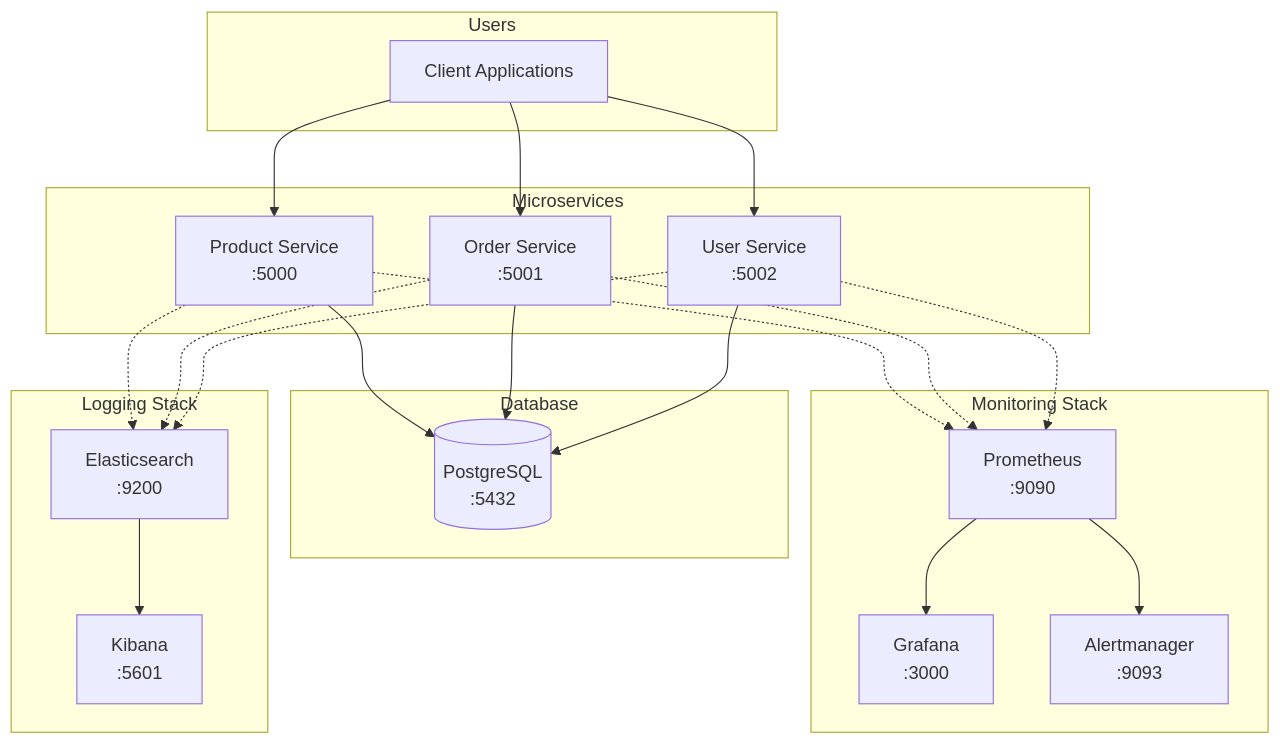
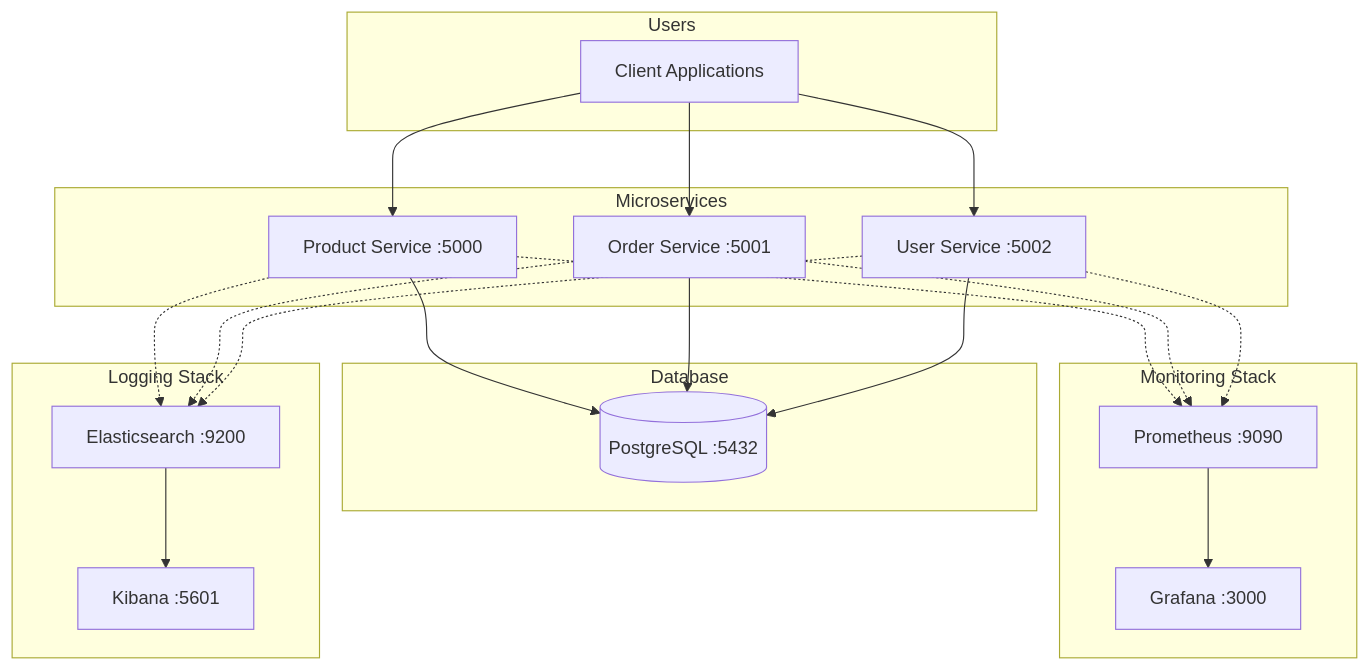
Before and after one commit to Pawan-Builds/DevOps-observability-stack: the diagram in README.md, drawn with Mermaid. The commit also changed other lines of this file, not shown here.

````diff
--- a/README.md
+++ b/README.md
@@ -39,48 +39,36 @@
 ```mermaid
 graph TB
     subgraph "Users"
         Client[Client Applications]
     end
-    
     subgraph "Microservices"
-        PS[Product Service<br/>:5000]
-        OS[Order Service<br/>:5001]
-        US[User Service<br/>:5002]
+        PS[Product Service :5000]
+        OS[Order Service :5001]
+        US[User Service :5002]
     end
-    
     subgraph "Database"
-        PG[(PostgreSQL<br/>:5432)]
+        PG[(PostgreSQL :5432)]
     end
-    
     subgraph "Monitoring Stack"
-        PROM[Prometheus<br/>:9090]
-        GRAF[Grafana<br/>:3000]
-        AM[Alertmanager<br/>:9093]
+        PROM[Prometheus :9090]
+        GRAF[Grafana :3000]
     end
-    
     subgraph "Logging Stack"
-        ES[Elasticsearch<br/>:9200]
-        KB[Kibana<br/>:5601]
+        ES[Elasticsearch :9200]
+        KB[Kibana :5601]
     end
-    
     Client --> PS
     Client --> OS
     Client --> US
-    
     PS --> PG
     OS --> PG
     US --> PG
-    
     PS -.-> PROM
     OS -.-> PROM
     US -.-> PROM
-    
     PROM --> GRAF
-    PROM --> AM
-    
     PS -.-> ES
     OS -.-> ES
     US -.-> ES
-    
     ES --> KB
 ```
````
